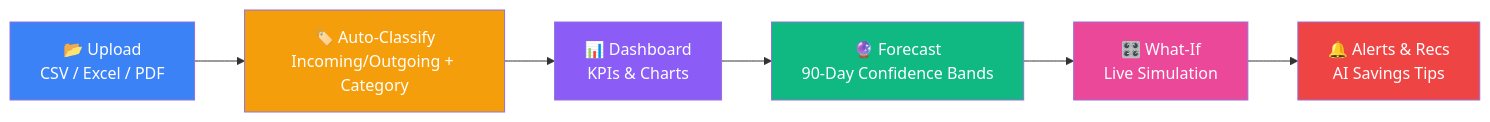
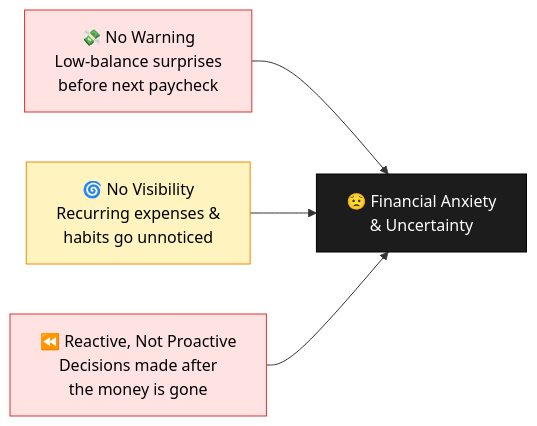
One commit to ShraddhaD-07/project changed the first of 5 diagrams in README.md. Above: the diagram before and after it, drawn with Mermaid. The commit also changed other lines of this file, not shown here.

````diff
--- a/README.md
+++ b/README.md
@@ -131,15 +37,12 @@
 ```mermaid
 flowchart LR
-    A["📂 Upload<br/>CSV / Excel / PDF"] --> B["🏷️ Auto-Classify<br/>Incoming/Outgoing + Category"]
-    B --> C["📊 Dashboard<br/>KPIs & Charts"]
-    C --> D["🔮 Forecast<br/>90-Day Confidence Bands"]
-    D --> E["🎛️ What-If<br/>Live Simulation"]
-    E --> F["🔔 Alerts & Recs<br/>AI Savings Tips"]
+    A["💸 No Warning<br/>Low-balance surprises<br/>before next paycheck"] --> D{The Result}
+    B["🌀 No Visibility<br/>Recurring expenses &<br/>habits go unnoticed"] --> D
+    C["⏪ Reactive, Not Proactive<br/>Decisions made after<br/>the money is gone"] --> D
+    D["😟 Financial Anxiety<br/>& Uncertainty"]
 
-    style A fill:#3b82f6,color:#fff
-    style B fill:#f59e0b,color:#fff
-    style C fill:#8b5cf6,color:#fff
-    style D fill:#10b981,color:#fff
-    style E fill:#ec4899,color:#fff
-    style F fill:#ef4444,color:#fff
+    style A fill:#ffe3e3,stroke:#e03131,color:#000
+    style B fill:#fff3bf,stroke:#f08c00,color:#000
+    style C fill:#ffe3e3,stroke:#e03131,color:#000
+    style D fill:#1c1c1c,stroke:#000,color:#fff
 ```
````
